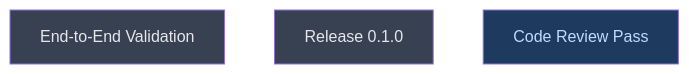
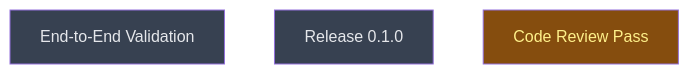
The diagram in __roadmap__/colgrep_mcp/build/tools/integrate/verify/README.md (CrackingShells/colgrep-mcp), drawn with Mermaid before and after one commit. The commit also changed other lines of this file, not shown here.

Commit message:
docs(roadmap): start code review pass

````diff
--- a/__roadmap__/colgrep_mcp/build/tools/integrate/verify/README.md
+++ b/__roadmap__/colgrep_mcp/build/tools/integrate/verify/README.md
@@ -17,11 +17,11 @@
 ```mermaid
 graph TD
     e2e_validation[End-to-End Validation]:::planned
     release_0_1_0[Release 0.1.0]:::planned
-    code_review[Code Review Pass]:::amendment
+    code_review[Code Review Pass]:::inprogress
     classDef done       fill:#166534,color:#bbf7d0
     classDef inprogress fill:#854d0e,color:#fef08a
     classDef planned    fill:#374151,color:#e5e7eb
     classDef amendment  fill:#1e3a5f,color:#bfdbfe
     classDef blocked    fill:#7f1d1d,color:#fecaca
 ```
````
